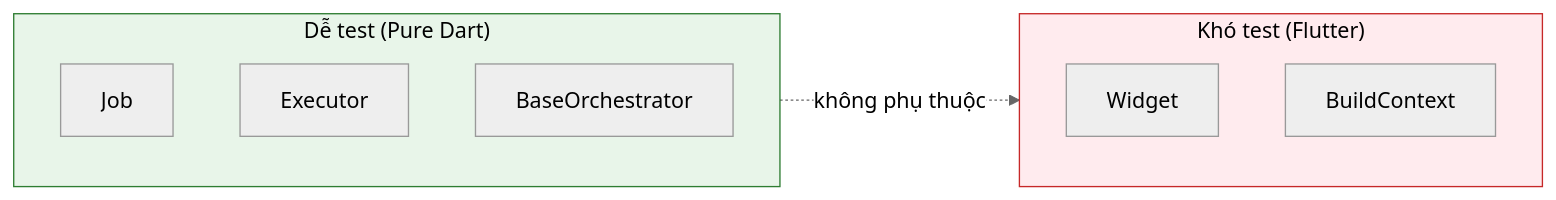
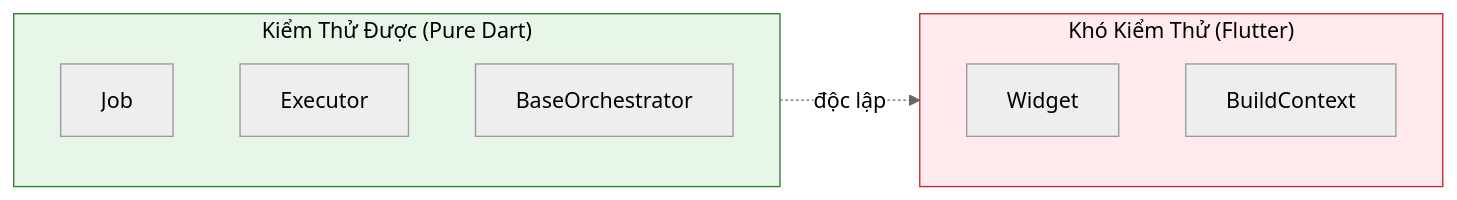
One commit to lploc94/flutter_orchestrator changed the diagram in docs/vi/advanced/testing.md. Above: the diagram before and after it, drawn with Mermaid (neutral theme). The commit also changed other lines of this file and 1 other file, not shown here.

First line of the commit message:
docs: complete testing guide with orchestrator_test for EN/VI

````diff
--- a/docs/vi/advanced/testing.md
+++ b/docs/vi/advanced/testing.md
@@ -9,18 +11,18 @@
 ```mermaid
 flowchart LR
-    subgraph Testable["Dễ test (Pure Dart)"]
+    subgraph Testable["Kiểm Thử Được (Pure Dart)"]
         Job["Job"]
         Executor["Executor"]
         Orchestrator["BaseOrchestrator"]
     end
     
-    subgraph Hard["Khó test (Flutter)"]
+    subgraph Hard["Khó Kiểm Thử (Flutter)"]
         Widget["Widget"]
         BuildContext["BuildContext"]
     end
     
-    Testable -.->|"không phụ thuộc"| Hard
+    Testable -.->|"độc lập"| Hard
     
     style Testable fill:#e8f5e9,stroke:#2e7d32,color:#000
     style Hard fill:#ffebee,stroke:#c62828,color:#000
 ```
````
